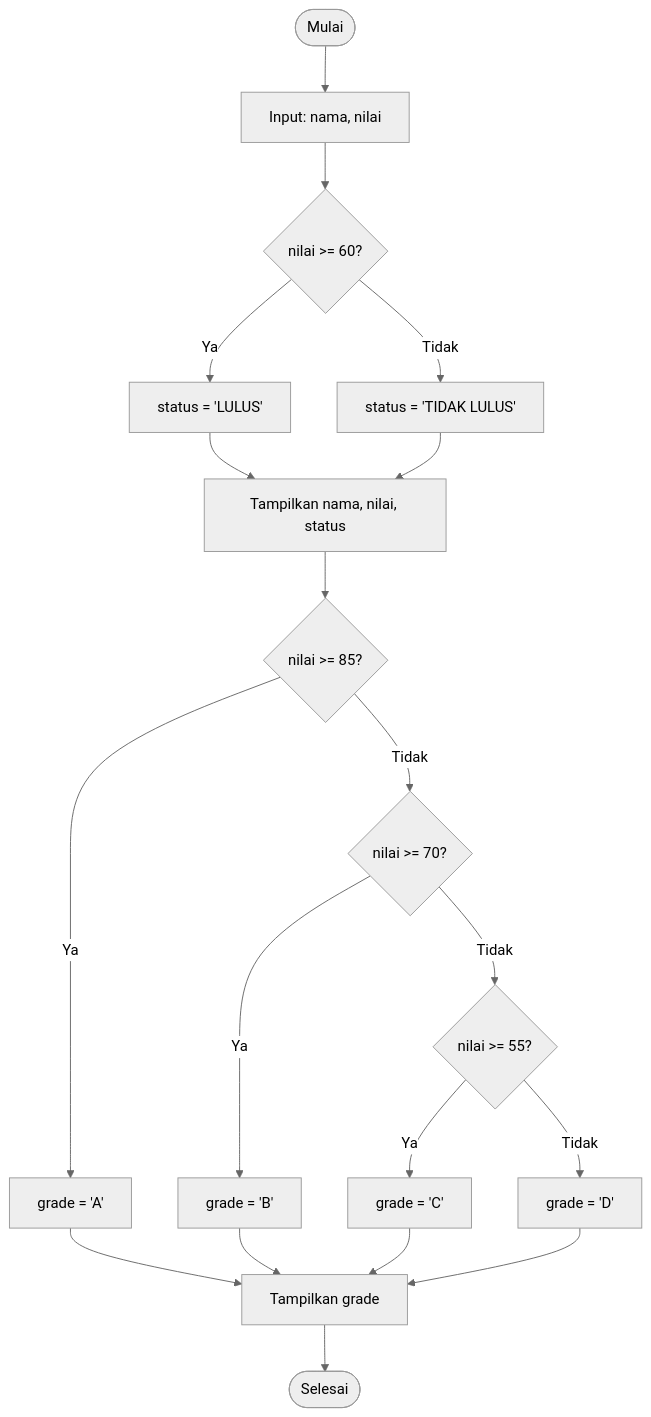
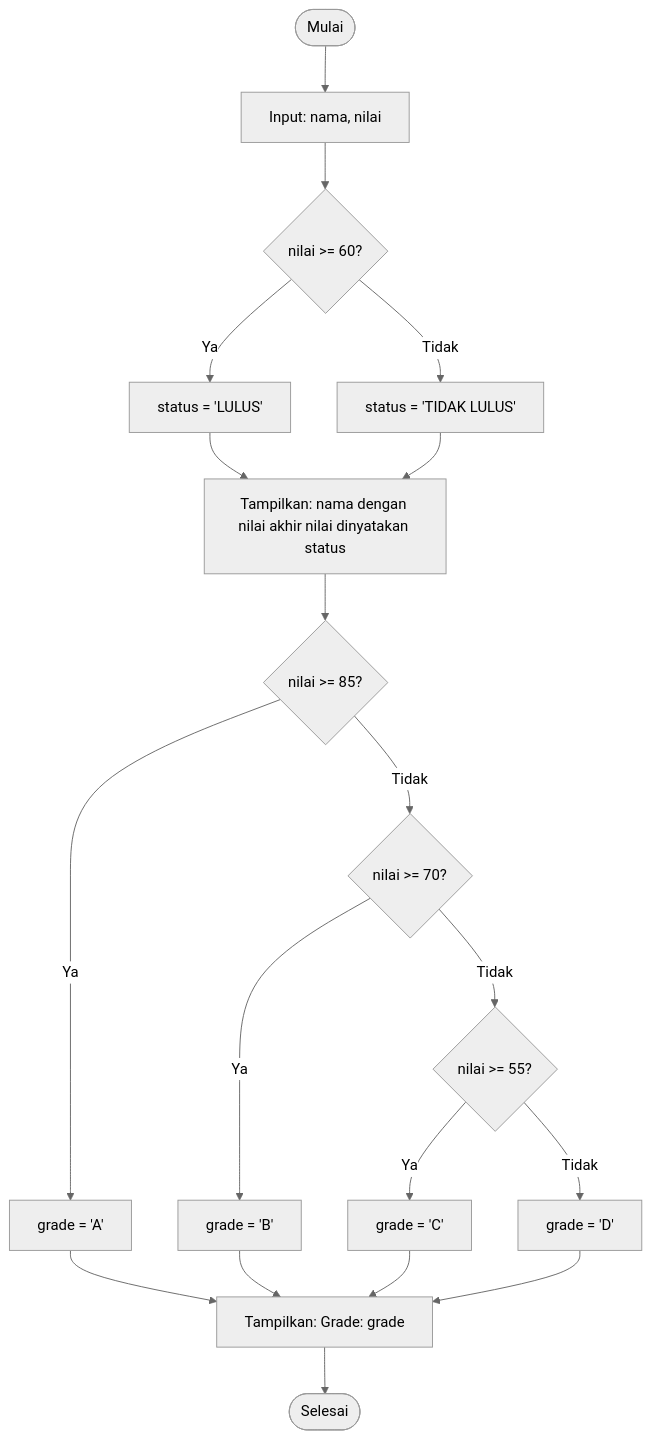
The diagram in Week-1/Readme.md (Deanity/praktikum-alpro), drawn with Mermaid (neutral theme) before and after one commit. The commit also changed other lines of this file and 8 other files, not shown here.

````diff
--- a/Week-1/Readme.md
+++ b/Week-1/Readme.md
@@ -44,21 +48,21 @@
 ```mermaid
 flowchart TD
     A([Mulai]) --> B["Input: nama, nilai"]
     B --> C{nilai >= 60?}
     C -- Ya --> D["status = 'LULUS'"]
     C -- Tidak --> E["status = 'TIDAK LULUS'"]
-    D --> F["Tampilkan nama, nilai, status"]
+    D --> F["Tampilkan: nama dengan nilai akhir nilai dinyatakan status"]
     E --> F
     F --> G{nilai >= 85?}
     G -- Ya --> H["grade = 'A'"]
     G -- Tidak --> I{nilai >= 70?}
     I -- Ya --> J["grade = 'B'"]
     I -- Tidak --> K{nilai >= 55?}
     K -- Ya --> L["grade = 'C'"]
     K -- Tidak --> M["grade = 'D'"]
-    H --> N["Tampilkan grade"]
+    H --> N["Tampilkan: Grade: grade"]
     J --> N
     L --> N
     M --> N
     N --> O([Selesai])
 ```
````
